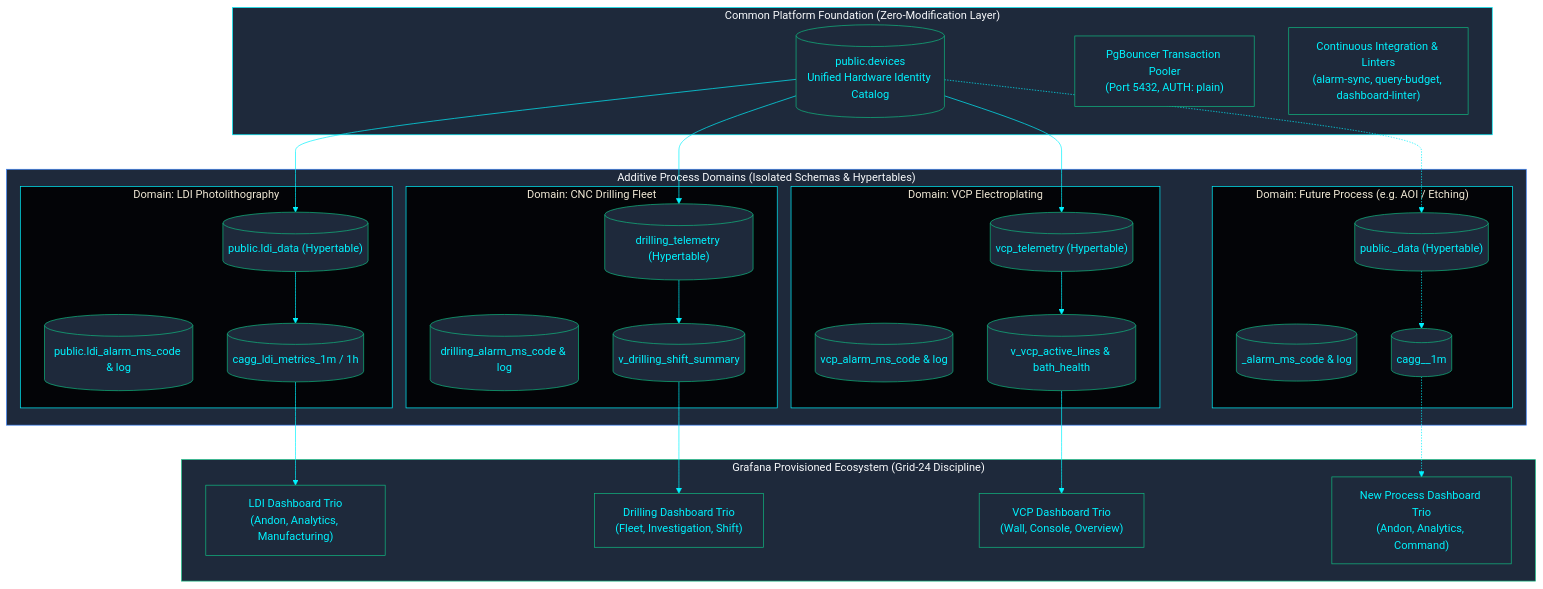
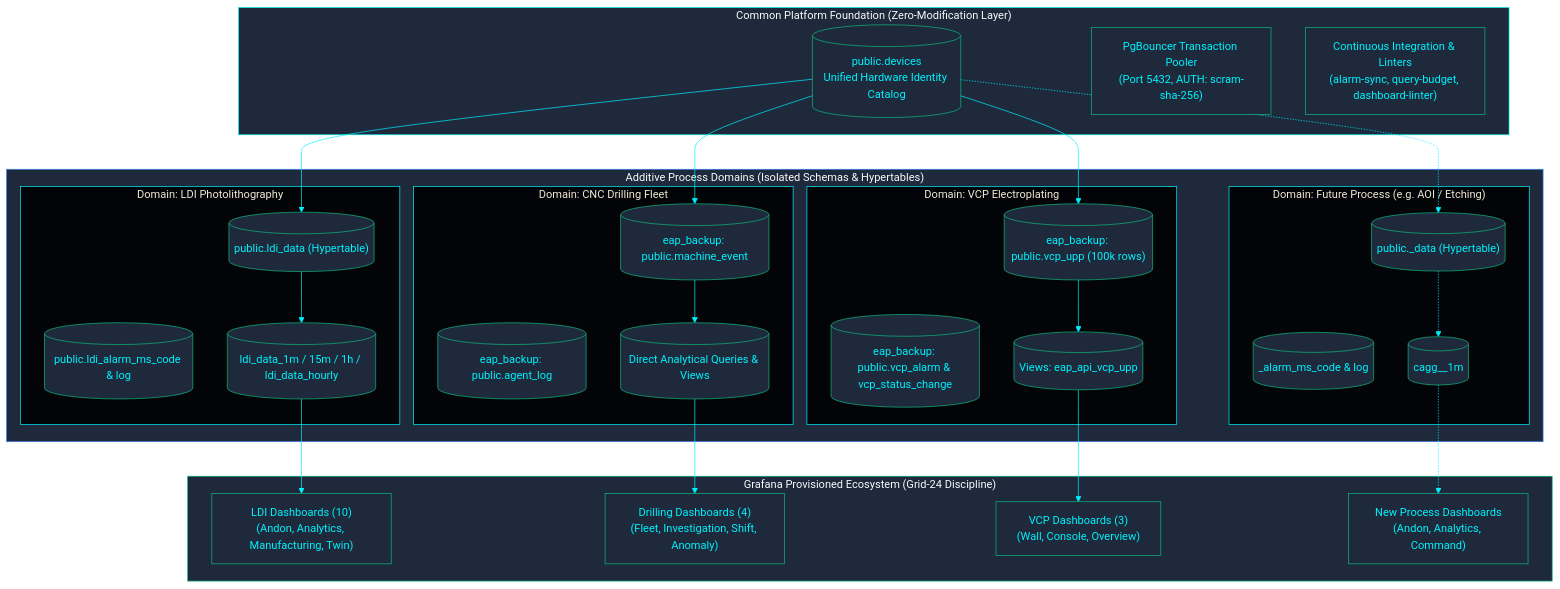
The diagram in docs/architecture/MANUFACTURING_DOMAIN.md (PATTANAKORN025/IMS), drawn with Mermaid before and after one commit. The commit also changed 36 other files, not shown here.

First line of the commit message:
fix(docs): reconcile 115 mermaid diagrams with architecture across 3 languages

````diff
--- a/docs/architecture/MANUFACTURING_DOMAIN.md
+++ b/docs/architecture/MANUFACTURING_DOMAIN.md
@@ -30,60 +30,53 @@
 ```mermaid
 %%{init: {'theme': 'base', 'themeVariables': { 'primaryColor': '#1e293b', 'primaryTextColor': '#00F2FE', 'primaryBorderColor': '#10B981', 'lineColor': '#00F2FE', 'secondaryColor': '#0f172a', 'tertiaryColor': '#0f172a', 'clusterBkg': '#030407', 'clusterBorder': '#00F2FE'}}}%%
 flowchart TB
   subgraph FOUNDATION["Common Platform Foundation (Zero-Modification Layer)"]
-    DEV[("public.devices
-Unified Hardware Identity Catalog")]
-    PGB["PgBouncer Transaction Pooler
-(Port 5432, AUTH: plain)"]
-    CORE_LINT["Continuous Integration & Linters
-(alarm-sync, query-budget, dashboard-linter)"]
+    DEV[("public.devices\nUnified Hardware Identity Catalog")]
+    PGB["PgBouncer Transaction Pooler\n(Port 5432, AUTH: scram-sha-256)"]
+    CORE_LINT["Continuous Integration & Linters\n(alarm-sync, query-budget, dashboard-linter)"]
   end
 
   subgraph DOMAINS["Additive Process Domains (Isolated Schemas & Hypertables)"]
     subgraph D_LDI["Domain: LDI Photolithography"]
       LDI_TBL[("public.ldi_data (Hypertable)")]
       LDI_ALM[("public.ldi_alarm_ms_code & log")]
-      LDI_CAGGS[("cagg_ldi_metrics_1m / 1h")]
+      LDI_CAGGS[("ldi_data_1m / 15m / 1h / ldi_data_hourly")]
     end
     subgraph D_DRL["Domain: CNC Drilling Fleet"]
-      DRL_TBL[("drilling_telemetry (Hypertable)")]
-      DRL_ALM[("drilling_alarm_ms_code & log")]
-      DRL_CAGGS[("v_drilling_shift_summary")]
+      DRL_TBL[("eap_backup: public.machine_event")]
+      DRL_ALM[("eap_backup: public.agent_log")]
+      DRL_CAGGS[("Direct Analytical Queries & Views")]
     end
     subgraph D_VCP["Domain: VCP Electroplating"]
-      VCP_TBL[("vcp_telemetry (Hypertable)")]
-      VCP_ALM[("vcp_alarm_ms_code & log")]
-      VCP_CAGGS[("v_vcp_active_lines & bath_health")]
+      VCP_TBL[("eap_backup: public.vcp_upp (100k rows)")]
+      VCP_ALM[("eap_backup: public.vcp_alarm & vcp_status_change")]
+      VCP_CAGGS[("Views: eap_api_vcp_upp")]
     end
     subgraph D_FUTURE["Domain: Future Process (e.g. AOI / Etching)"]
       NEW_TBL[("public.<process>_data (Hypertable)")]
       NEW_ALM[("<process>_alarm_ms_code & log")]
       NEW_CAGGS[("cagg_<process>_1m")]
     end
   end
 
   subgraph DASHBOARDS["Grafana Provisioned Ecosystem (Grid-24 Discipline)"]
-    LDI_DASH["LDI Dashboard Trio
-(Andon, Analytics, Manufacturing)"]
-    DRL_DASH["Drilling Dashboard Trio
-(Fleet, Investigation, Shift)"]
-    VCP_DASH["VCP Dashboard Trio
-(Wall, Console, Overview)"]
-    NEW_DASH["New Process Dashboard Trio
-(Andon, Analytics, Command)"]
+    LDI_DASH["LDI Dashboards (10)\n(Andon, Analytics, Manufacturing, Twin)"]
+    DRL_DASH["Drilling Dashboards (4)\n(Fleet, Investigation, Shift, Anomaly)"]
+    VCP_DASH["VCP Dashboards (3)\n(Wall, Console, Overview)"]
+    NEW_DASH["New Process Dashboards\n(Andon, Analytics, Command)"]
   end
 
   DEV --> LDI_TBL
   DEV --> DRL_TBL
   DEV --> VCP_TBL
   DEV -.-> NEW_TBL
 
   LDI_TBL --> LDI_CAGGS --> LDI_DASH
   DRL_TBL --> DRL_CAGGS --> DRL_DASH
   VCP_TBL --> VCP_CAGGS --> VCP_DASH
   NEW_TBL -.-> NEW_CAGGS -.-> NEW_DASH
 
   style FOUNDATION fill:#1e293b,stroke:#00F2FE,color:#f8fafc
   style DOMAINS fill:#1e293b,stroke:#3b82f6,color:#f8fafc
   style DASHBOARDS fill:#1e293b,stroke:#10B981,color:#f8fafc
 ```
````
